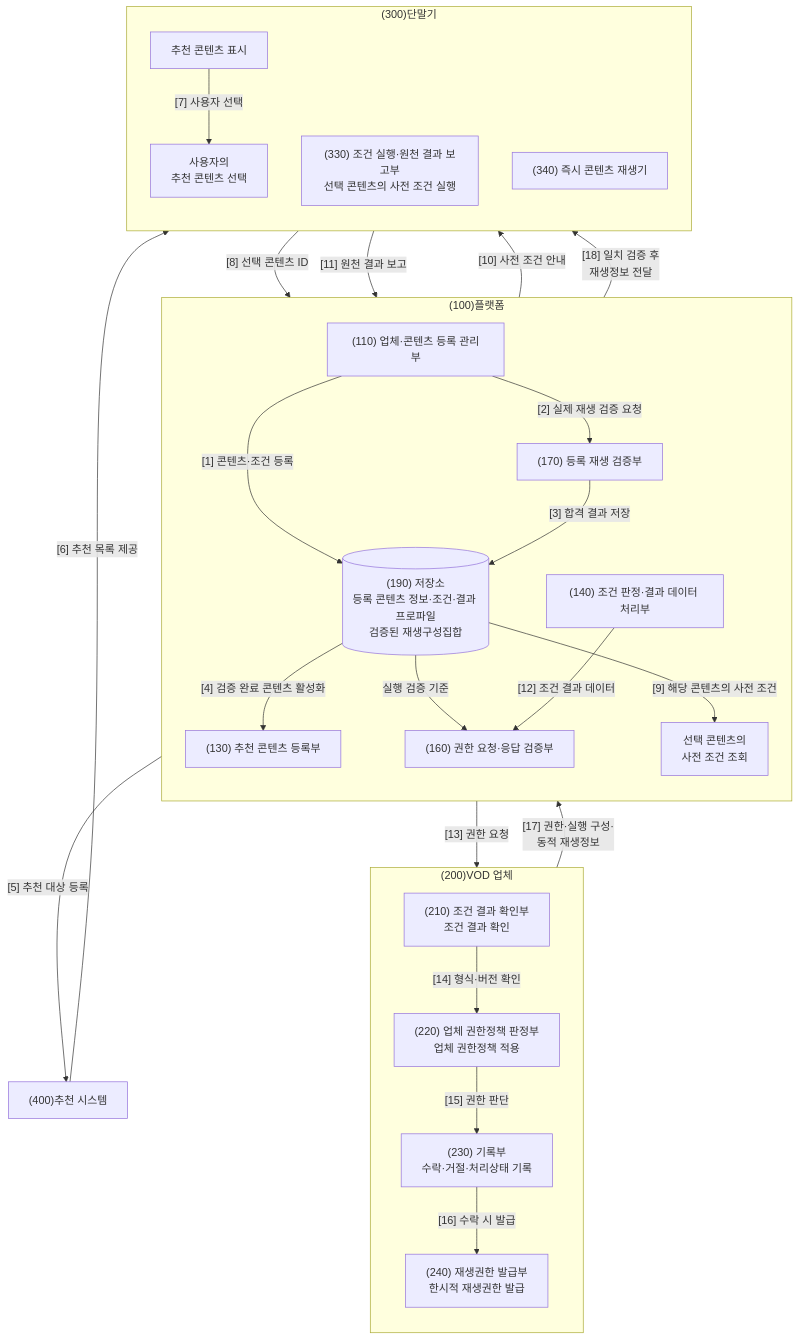
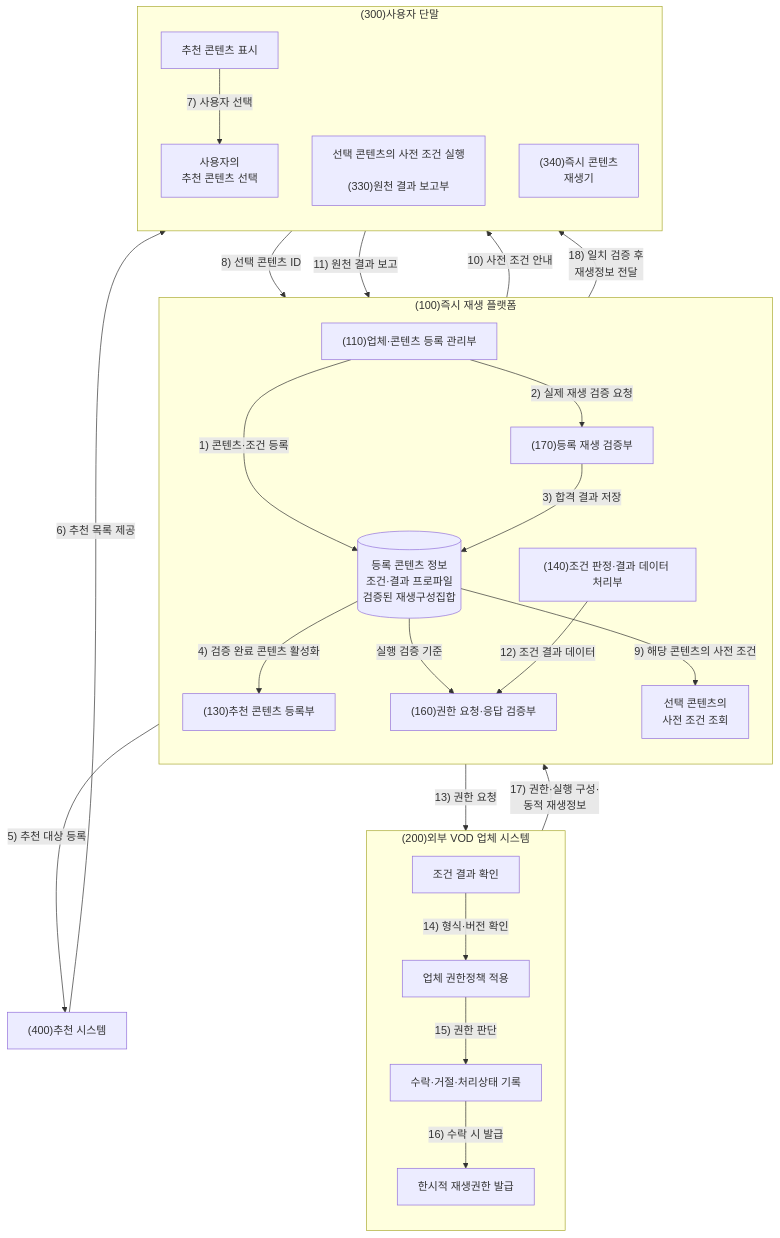
One commit to growdai1y/instant-play changed the seventh of 11 diagrams in instant_play_직무발명서_가독성개선본.md. Above: the diagram before and after it, drawn with Mermaid. The commit also changed 1 other file, not shown here.

Commit message:
Restore previous system boundary diagram

````diff
--- a/instant_play_직무발명서_가독성개선본.md
+++ b/instant_play_직무발명서_가독성개선본.md
@@ -607,52 +607,52 @@
 ```mermaid
 flowchart TB
-    subgraph P["(100)플랫폼"]
+    subgraph P["(100)즉시 재생 플랫폼"]
         direction TB
-        R["(110) 업체·콘텐츠 등록 관리부"]
-        V["(170) 등록 재생 검증부"]
-        S[("(190) 저장소<br/>등록 콘텐츠 정보·조건·결과 프로파일<br/>검증된 재생구성집합")]
-        RR["(130) 추천 콘텐츠 등록부"]
+        R["(110)업체·콘텐츠 등록 관리부"]
+        V["(170)등록 재생 검증부"]
+        S[("등록 콘텐츠 정보<br/>조건·결과 프로파일<br/>검증된 재생구성집합")]
+        RR["(130)추천 콘텐츠 등록부"]
         Q["선택 콘텐츠의<br/>사전 조건 조회"]
-        C["(140) 조건 판정·결과 데이터 처리부"]
-        G["(160) 권한 요청·응답 검증부"]
+        C["(140)조건 판정·결과 데이터 처리부"]
+        G["(160)권한 요청·응답 검증부"]
 
-        R -->|"[1] 콘텐츠·조건 등록"| S
-        R -->|"[2] 실제 재생 검증 요청"| V
-        V -->|"[3] 합격 결과 저장"| S
-        S -->|"[4] 검증 완료 콘텐츠 활성화"| RR
+        R -->|"1) 콘텐츠·조건 등록"| S
+        R -->|"2) 실제 재생 검증 요청"| V
+        V -->|"3) 합격 결과 저장"| S
+        S -->|"4) 검증 완료 콘텐츠 활성화"| RR
         S -->|"실행 검증 기준"| G
     end
 
     M["(400)추천 시스템"]
 
-    subgraph O["(200)VOD 업체"]
+    subgraph O["(200)외부 VOD 업체 시스템"]
         direction TB
-        O1["(210) 조건 결과 확인부<br/>조건 결과 확인"]
-        O2["(220) 업체 권한정책 판정부<br/>업체 권한정책 적용"]
-        O3["(230) 기록부<br/>수락·거절·처리상태 기록"]
-        O4["(240) 재생권한 발급부<br/>한시적 재생권한 발급"]
-        O1 -->|"[14] 형식·버전 확인"| O2
-        O2 -->|"[15] 권한 판단"| O3
-        O3 -->|"[16] 수락 시 발급"| O4
+        O1["조건 결과 확인"]
+        O2["업체 권한정책 적용"]
+        O3["수락·거절·처리상태 기록"]
+        O4["한시적 재생권한 발급"]
+        O1 -->|"14) 형식·버전 확인"| O2
+        O2 -->|"15) 권한 판단"| O3
+        O3 -->|"16) 수락 시 발급"| O4
     end
 
-    subgraph D["(300)단말기"]
+    subgraph D["(300)사용자 단말"]
         direction TB
         D0["추천 콘텐츠 표시"]
         DS["사용자의<br/>추천 콘텐츠 선택"]
-        D1["(330) 조건 실행·원천 결과 보고부<br/>선택 콘텐츠의 사전 조건 실행"]
-        D2["(340) 즉시 콘텐츠 재생기"]
-        D0 -->|"[7] 사용자 선택"| DS
+        D1["선택 콘텐츠의 사전 조건 실행<br/><br/>(330)원천 결과 보고부"]
+        D2["(340)즉시 콘텐츠<br/>재생기"]
+        D0 -->|"7) 사용자 선택"| DS
     end
 
-    RR -->|"[5] 추천 대상 등록"| M
-    M -->|"[6] 추천 목록 제공"| D0
-    DS -->|"[8] 선택 콘텐츠 ID"| Q
-    S -->|"[9] 해당 콘텐츠의 사전 조건"| Q
-    Q -->|"[10] 사전 조건 안내"| D1
-    D1 -->|"[11] 원천 결과 보고"| C
-    C -->|"[12] 조건 결과 데이터"| G
-    G -->|"[13] 권한 요청"| O1
-    O4 -->|"[17] 권한·실행 구성·<br/>동적 재생정보"| G
-    G -->|"[18] 일치 검증 후<br/>재생정보 전달"| D2
+    RR -->|"5) 추천 대상 등록"| M
+    M -->|"6) 추천 목록 제공"| D0
+    DS -->|"8) 선택 콘텐츠 ID"| Q
+    S -->|"9) 해당 콘텐츠의 사전 조건"| Q
+    Q -->|"10) 사전 조건 안내"| D1
+    D1 -->|"11) 원천 결과 보고"| C
+    C -->|"12) 조건 결과 데이터"| G
+    G -->|"13) 권한 요청"| O1
+    O4 -->|"17) 권한·실행 구성·<br/>동적 재생정보"| G
+    G -->|"18) 일치 검증 후<br/>재생정보 전달"| D2
 ```
````
